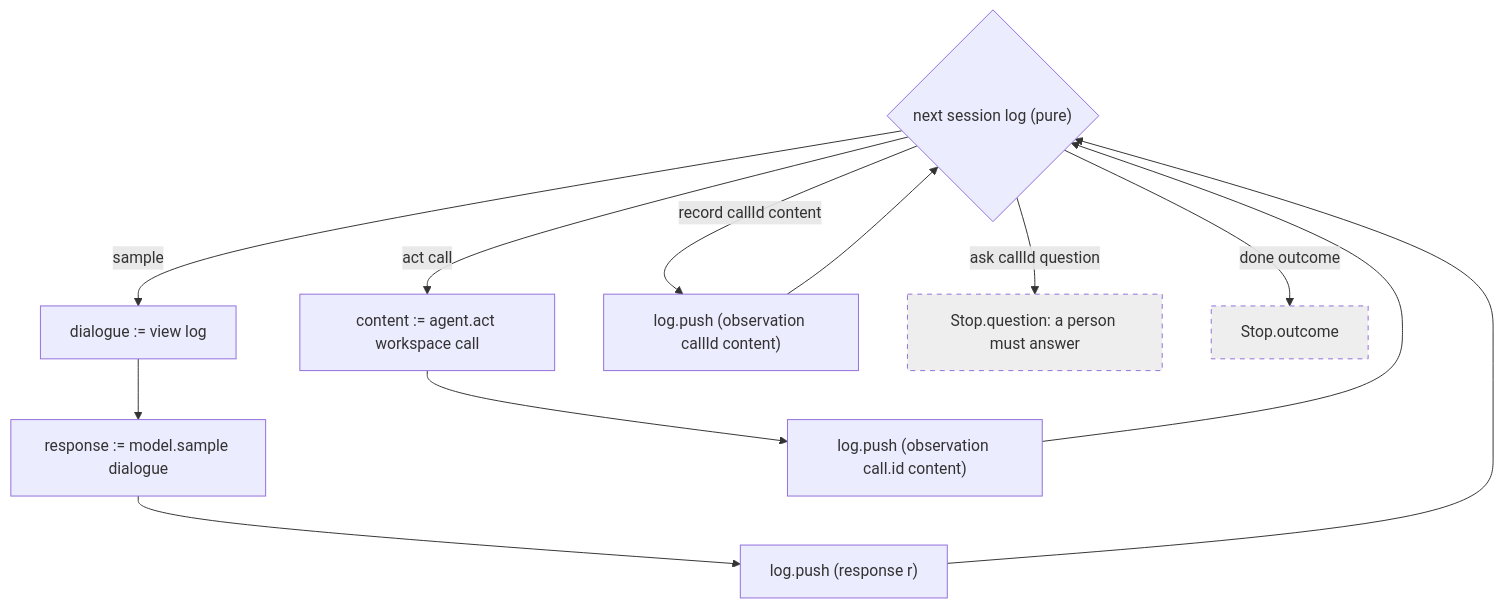
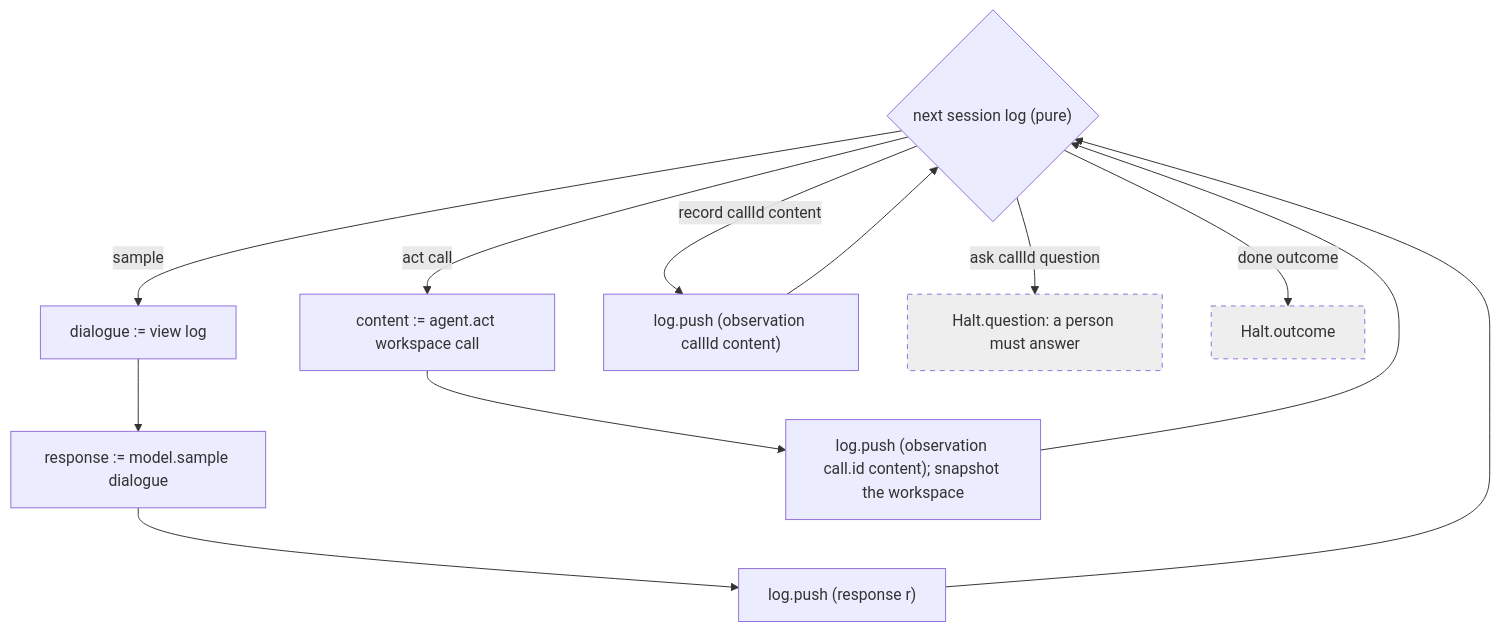
One commit to pku-xht/alaya changed the third of 3 diagrams in docs/agent-api.md. Above: the diagram before and after it, drawn with Mermaid. The commit also changed other lines of this file and 10 other files, not shown here.

````diff
--- a/docs/agent-api.md
+++ b/docs/agent-api.md
@@ -201,22 +204,22 @@
 ```mermaid
 flowchart TD
   NEXT{"next session log (pure)"}
 
   NEXT -->|sample| S1["dialogue := view log"]
   S1 --> S2["response := model.sample dialogue"]
   S2 --> S3["log.push (response r)"]
   S3 --> NEXT
 
   NEXT -->|"act call"| A1["content := agent.act workspace call"]
-  A1 --> A2["log.push (observation call.id content)"]
+  A1 --> A2["log.push (observation call.id content); snapshot the workspace"]
   A2 --> NEXT
 
   NEXT -->|"record callId content"| O1["log.push (observation callId content)"]
   O1 --> NEXT
 
-  NEXT -->|"ask callId question"| SU["Stop.question: a person must answer"]
-  NEXT -->|"done outcome"| DO["Stop.outcome"]
+  NEXT -->|"ask callId question"| SU["Halt.question: a person must answer"]
+  NEXT -->|"done outcome"| DO["Halt.outcome"]
 
   classDef terminal fill:#eee,stroke-dasharray: 5 5
   class SU,DO terminal
 ```
````
